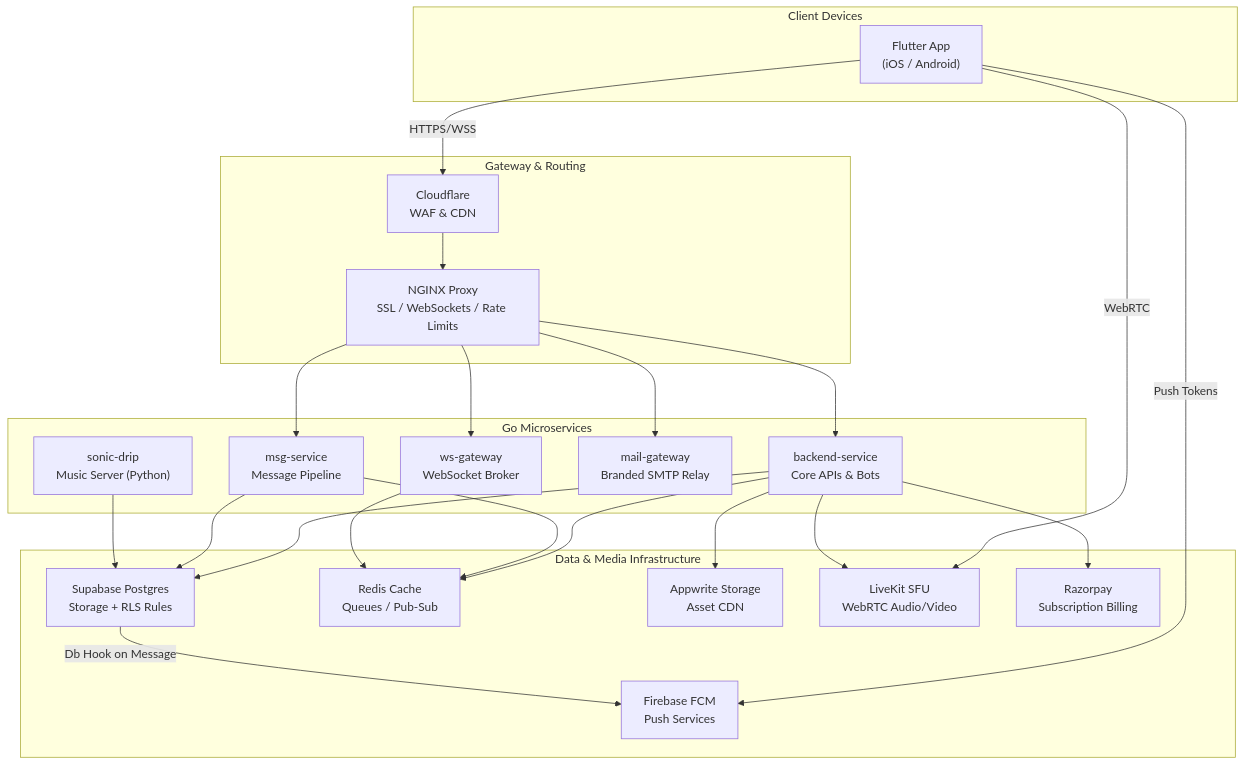
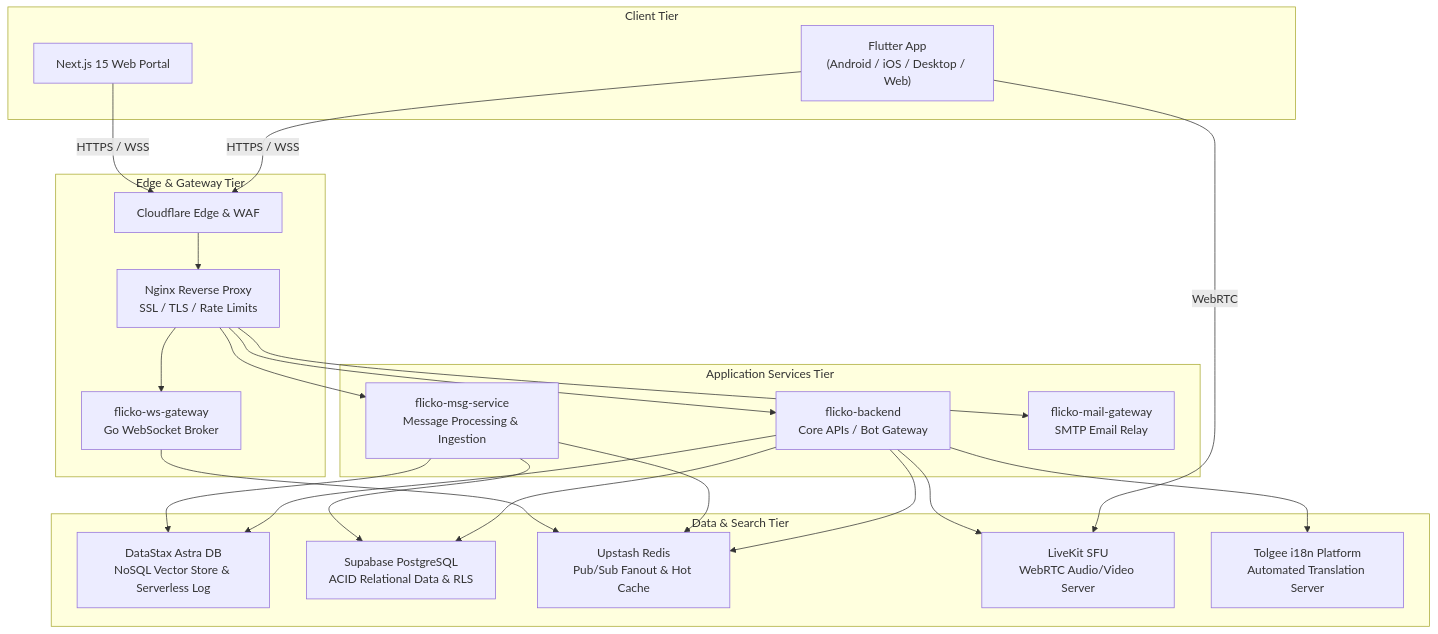
One commit to Santosh-Prasad-Verma/Flicko changed the diagram in README.md. Above: the diagram before and after it, drawn with Mermaid. The commit also changed other lines of this file, not shown here.

Commit message:
docs(readme): update README.md with modern architecture badges, topology diagrams, and tech stack

````diff
--- a/README.md
+++ b/README.md
@@ -71,38 +70,34 @@
 ```mermaid
 graph TB
-    subgraph Client["Client Devices"]
-        APP["Flutter App<br/>(iOS / Android)"]
+    subgraph Client["Client Tier"]
+        APP["Flutter App<br/>(Android / iOS / Desktop / Web)"]
+        WEB["Next.js 15 Web Portal"]
     end
 
-    subgraph Edge["Gateway & Routing"]
-        CF["Cloudflare<br/>WAF & CDN"]
-        NGX["NGINX Proxy<br/>SSL / WebSockets / Rate Limits"]
+    subgraph Edge["Edge & Gateway Tier"]
+        CF["Cloudflare Edge & WAF"]
+        NGX["Nginx Reverse Proxy<br/>SSL / TLS / Rate Limits"]
+        WS["flicko-ws-gateway<br/>Go WebSocket Broker"]
     end
 
-    subgraph Backend["Go Microservices"]
-        BE["backend-service<br/>Core APIs & Bots"]
-        WS["ws-gateway<br/>WebSocket Broker"]
-        MSG["msg-service<br/>Message Pipeline"]
-        MAIL["mail-gateway<br/>Branded SMTP Relay"]
-        SD["sonic-drip<br/>Music Server (Python)"]
+    subgraph Microservices["Application Services Tier"]
+        BE["flicko-backend<br/>Core APIs / Bot Gateway"]
+        MSG["flicko-msg-service<br/>Message Processing & Ingestion"]
+        MAIL["flicko-mail-gateway<br/>SMTP Email Relay"]
     end
 
-    subgraph Cloud["Data & Media Infrastructure"]
-        DB["Supabase Postgres<br/>Storage + RLS Rules"]
-        REDIS["Redis Cache<br/>Queues / Pub-Sub"]
-        AW["Appwrite Storage<br/>Asset CDN"]
-        LK["LiveKit SFU<br/>WebRTC Audio/Video"]
-        FCM["Firebase FCM<br/>Push Services"]
-        RP["Razorpay<br/>Subscription Billing"]
+    subgraph Data["Data & Search Tier"]
+        ASTRA["DataStax Astra DB<br/>NoSQL Vector Store & Serverless Log"]
+        PG["Supabase PostgreSQL<br/>ACID Relational Data & RLS"]
+        REDIS["Upstash Redis<br/>Pub/Sub Fanout & Hot Cache"]
+        LK["LiveKit SFU<br/>WebRTC Audio/Video Server"]
+        TOLGEE["Tolgee i18n Platform<br/>Automated Translation Server"]
     end
 
-    APP -->|HTTPS/WSS| CF --> NGX
+    APP & WEB -->|HTTPS / WSS| CF --> NGX
     APP -->|WebRTC| LK
-    APP -->|Push Tokens| FCM
     NGX --> BE & WS & MSG & MAIL
-    BE & MSG --> DB & REDIS
+    BE & MSG --> ASTRA & PG & REDIS
     WS --> REDIS
-    BE --> AW & LK & RP
-    SD --> DB
-    DB -->|Db Hook on Message| FCM
+    BE --> TOLGEE & LK
 ```
````
